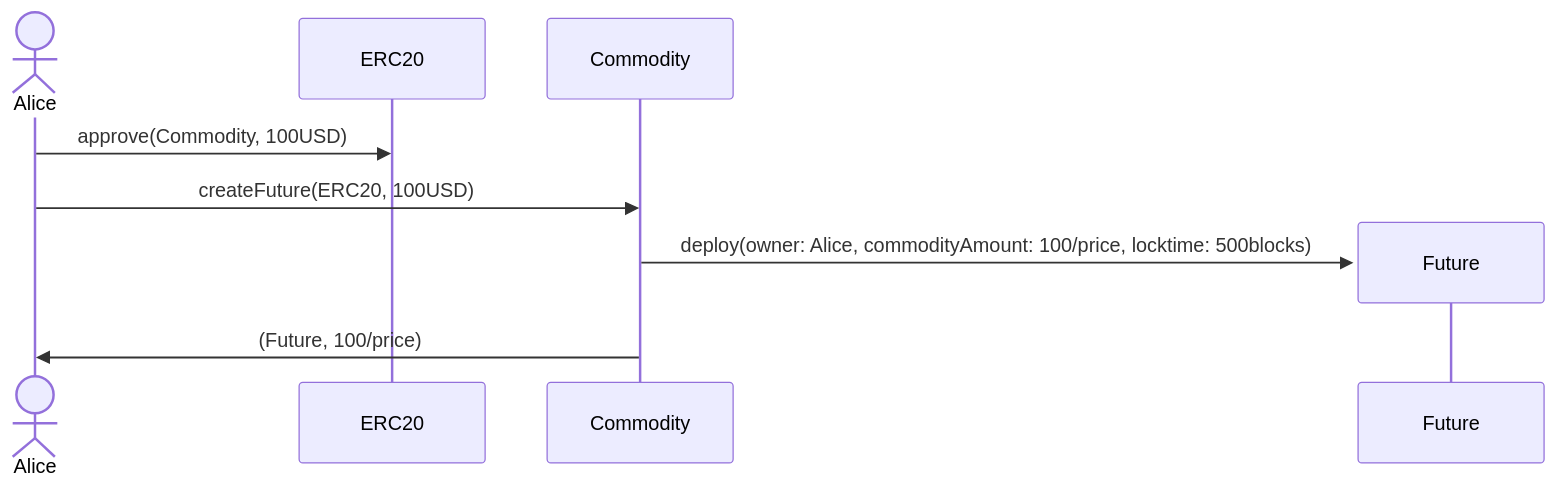
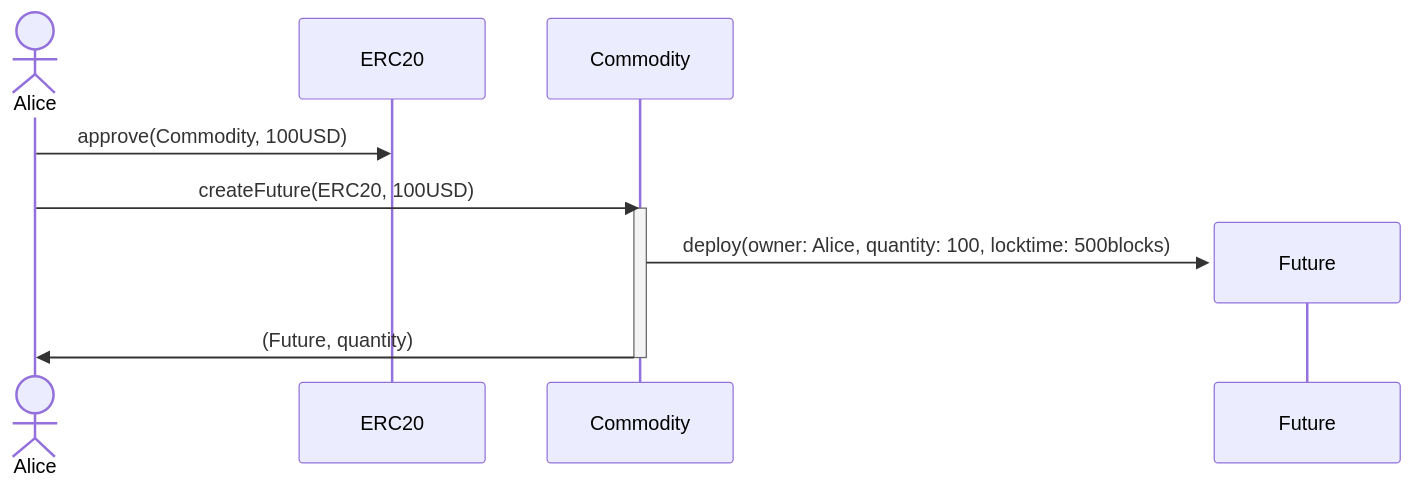
The first of 5 diagrams in blockchain/smartcontracts/DOCS.md (ExtractoDAO/DeFi), drawn with Mermaid before and after one commit. The commit also changed other lines of this file, not shown here.

````diff
--- a/blockchain/smartcontracts/DOCS.md
+++ b/blockchain/smartcontracts/DOCS.md
@@ -3,14 +3,17 @@
 ```mermaid
 sequenceDiagram
 
 actor Alice
 participant ERC20
 participant Commodity
 
 
 Alice->>ERC20: approve(Commodity, 100USD)
 Alice->>Commodity: createFuture(ERC20, 100USD)
+activate Commodity
 create participant Future
-Commodity->>Future: deploy(owner: Alice, commodityAmount: 100/price, locktime: 500blocks)
-Commodity->>Alice: (Future, 100/price)
+
+Commodity->>Future: deploy(owner: Alice, quantity: 100, locktime: 500blocks)
+Commodity->>Alice: (Future, quantity)
+deactivate Commodity
 ```
````
